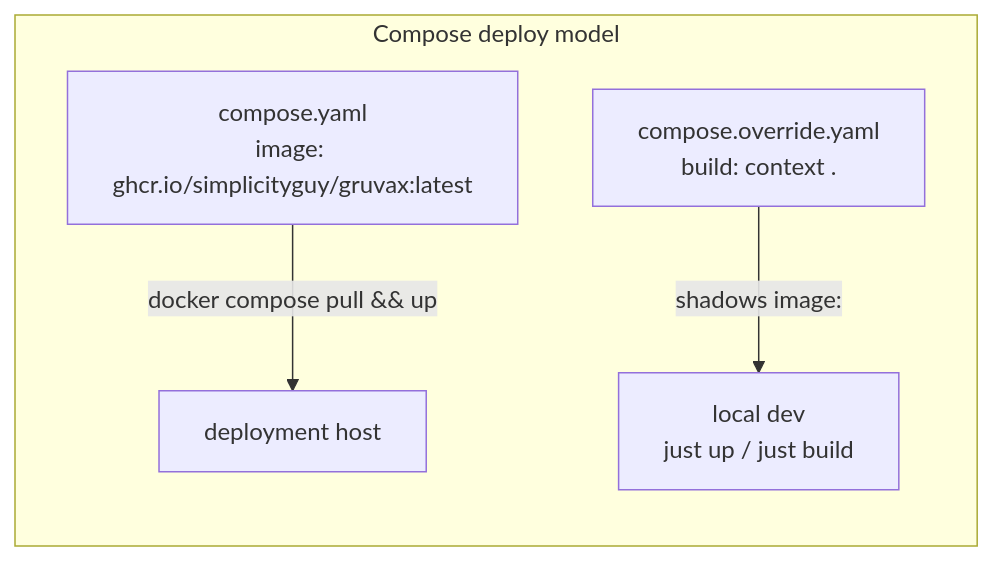
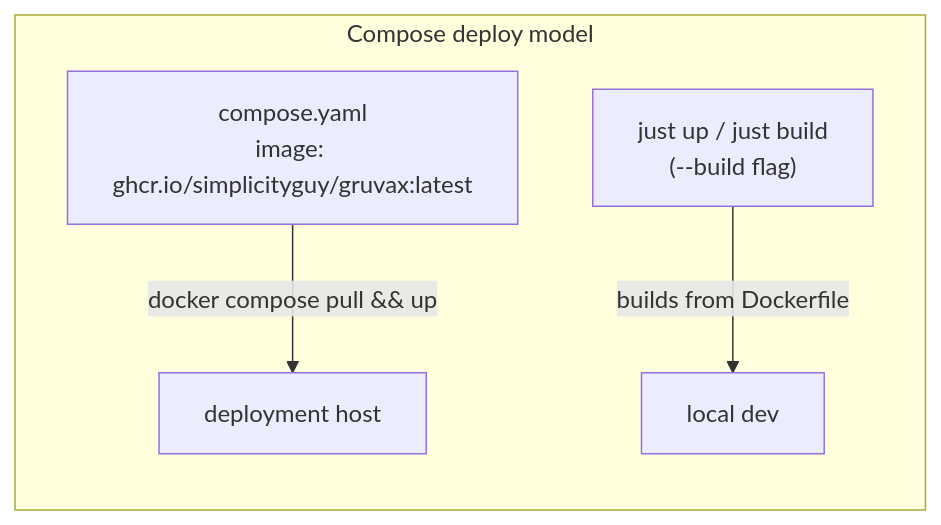
One commit to SimplicityGuy/GRUVAX changed the fourth of 6 diagrams in docs/ARCHITECTURE.md. Above: the diagram before and after it, drawn with Mermaid. The commit also changed other lines of this file, not shown here.

First line of the commit message:
docs(architecture): reconcile ARCHITECTURE.md with v2.1 implementation

````diff
--- a/docs/ARCHITECTURE.md
+++ b/docs/ARCHITECTURE.md
@@ -264,7 +431,7 @@
 ```mermaid
 flowchart LR
     subgraph Deploy["Compose deploy model"]
-        PROD[compose.yaml\nimage: ghcr.io/simplicityguy/gruvax:latest] -->|docker compose pull && up| HOST[deployment host]
-        DEV[compose.override.yaml\nbuild: context .] -->|shadows image:| LOCAL[local dev\njust up / just build]
+        PROD["compose.yaml\nimage: ghcr.io/simplicityguy/gruvax:latest"] -->|docker compose pull && up| HOST[deployment host]
+        DEV["just up / just build\n(--build flag)"] -->|builds from Dockerfile| LOCAL[local dev]
     end
 ```
````
